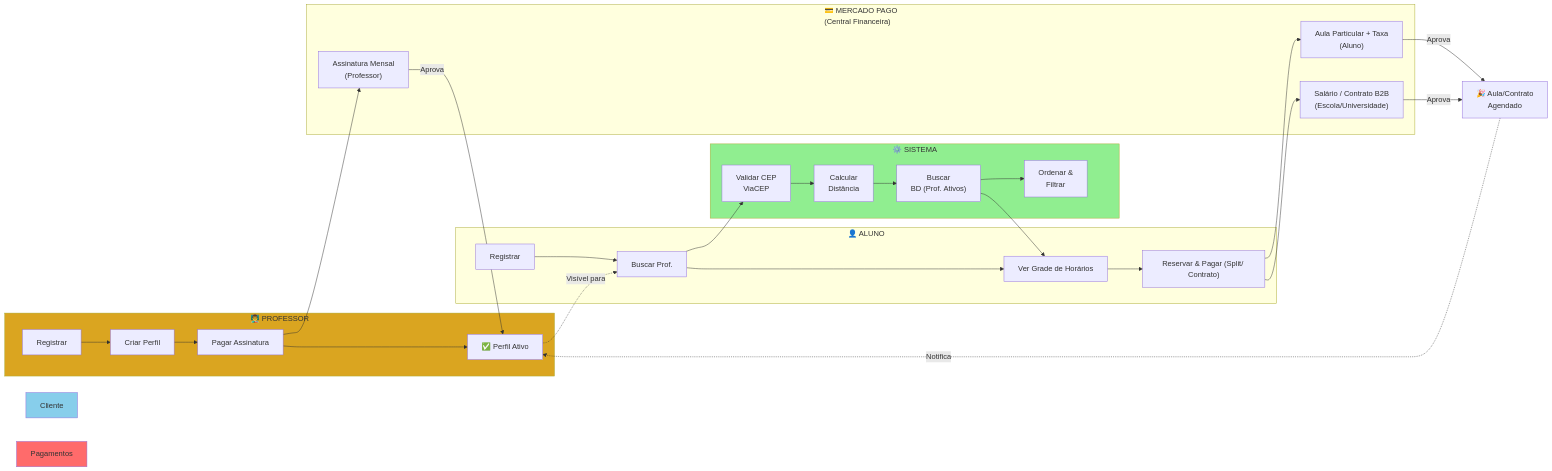
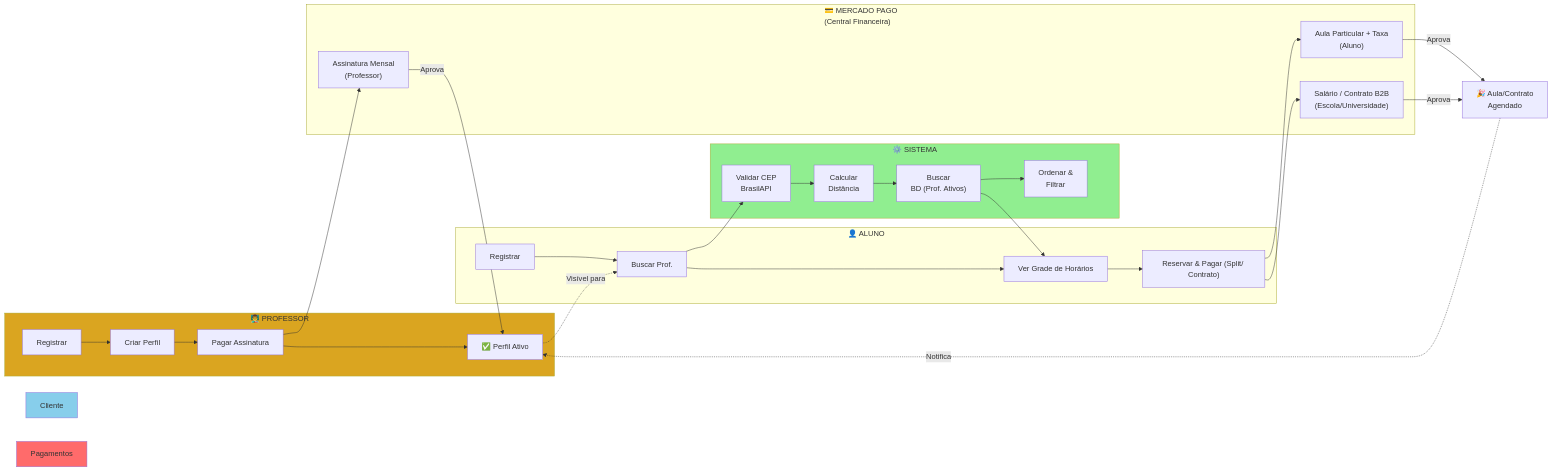
One commit to VictorHCSampaio/ConectaPro changed the seventh of 10 diagrams in BPMN_DIAGRAM.md. Above: the diagram before and after it, drawn with Mermaid. The commit also changed other lines of this file, not shown here.

Commit message:
Atualizar todas as referências de ViaCEP para BrasilAPI no diagrama BPMN

````diff
--- a/BPMN_DIAGRAM.md
+++ b/BPMN_DIAGRAM.md
@@ -318,36 +318,36 @@
 ```mermaid
 graph LR
     subgraph Professor["👨‍🏫 PROFESSOR"]
         P1["Registrar"] --> P2["Criar Perfil"] --> P3["Pagar Assinatura"] --> P4["✅ Perfil Ativo"]
     end
 
     subgraph Aluno["👤 ALUNO"]
         A1["Registrar"] --> A2["Buscar Prof."] --> A3["Ver Grade de Horários"] --> A4["Reservar & Pagar (Split/ Contrato)"]
     end
 
     subgraph Sistema["⚙️ SISTEMA"]
-        S1["Validar CEP<br/>ViaCEP"] --> S2["Calcular<br/>Distância"] --> S3["Buscar<br/>BD (Prof. Ativos)"] --> S4["Ordenar &<br/>Filtrar"]
+        S1["Validar CEP<br/>BrasilAPI"] --> S2["Calcular<br/>Distância"] --> S3["Buscar<br/>BD (Prof. Ativos)"] --> S4["Ordenar &<br/>Filtrar"]
     end
 
     subgraph Pagamento["💳 MERCADO PAGO<br/>(Central Financeira)"]
         PAG1["Assinatura Mensal<br/>(Professor)"]
         PAG2["Aula Particular + Taxa<br/>(Aluno)"]
         PAG3["Salário / Contrato B2B<br/>(Escola/Universidade)"]
     end
 
     P3 --> PAG1
     PAG1 -->|Aprova| P4
     P4 -.->|Visível para| A2
     A2 --> S1
     S3 --> A3
     A4 --> PAG2
     A4 --> PAG3
     PAG2 -->|Aprova| A5["🎉 Aula/Contrato<br/>Agendado"]
     PAG3 -->|Aprova| A5
     A5 -.->|Notifica| P4
 
     style Professor fill:#DAA520
     style Cliente fill:#87CEEB
     style Sistema fill:#90EE90
     style Pagamentos fill:#FF6B6B
 ```
````
